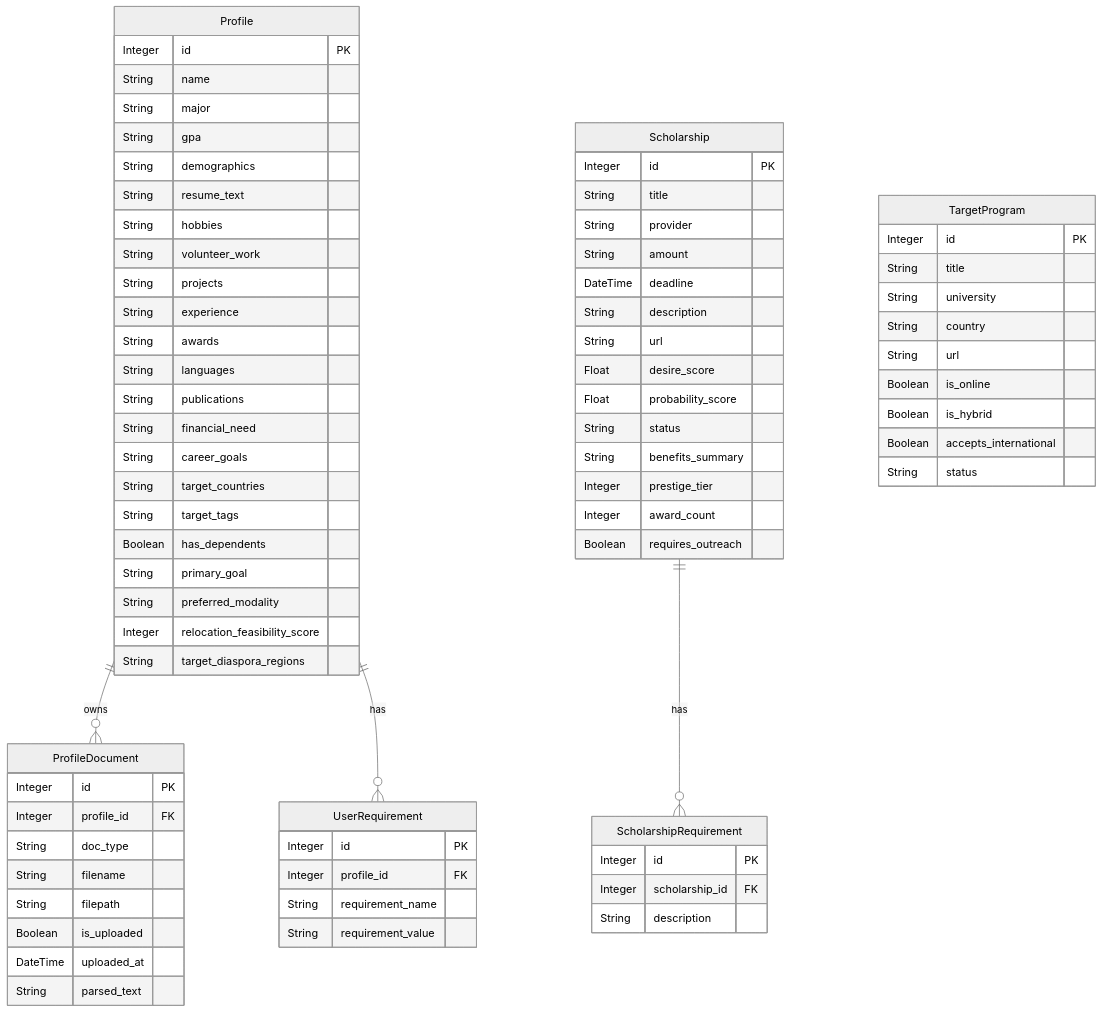
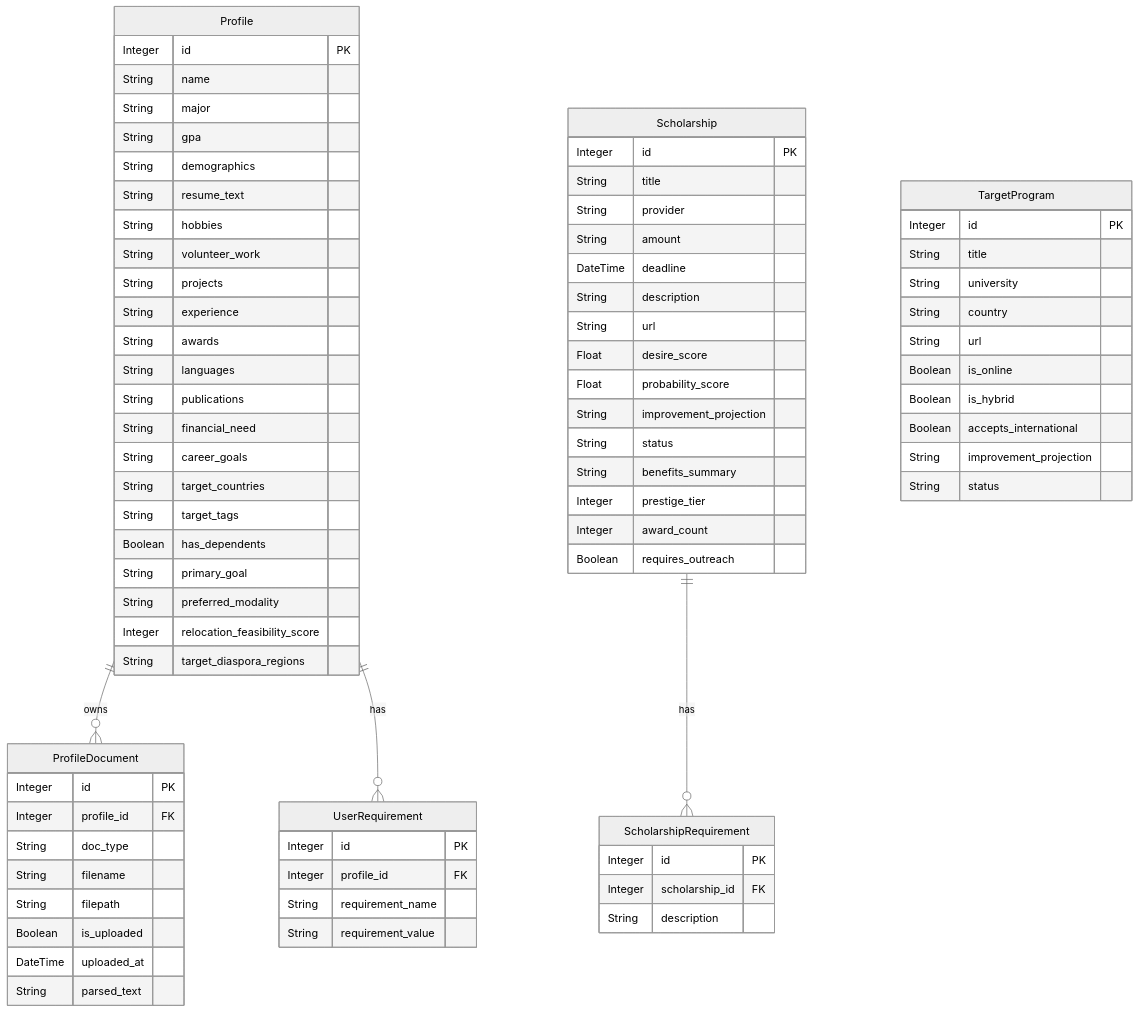
The diagram in docs/database_schema.md (miguelangelcdm/scholarship-hunter), drawn with Mermaid (neutral theme) before and after one commit. The commit also changed other lines of this file and 16 other files, not shown here.

Commit message:
feat: Integrated PM2 dashboard, fallback AI architecture, background scraping, and wiped mock data

````diff
--- a/docs/database_schema.md
+++ b/docs/database_schema.md
@@ -63,6 +63,7 @@
         String url
         Float desire_score
         Float probability_score
+        String improvement_projection
         String status
         String benefits_summary
         Integer prestige_tier
@@ -85,6 +86,7 @@
         Boolean is_online
         Boolean is_hybrid
         Boolean accepts_international
+        String improvement_projection
         String status
     }
 ```
````
